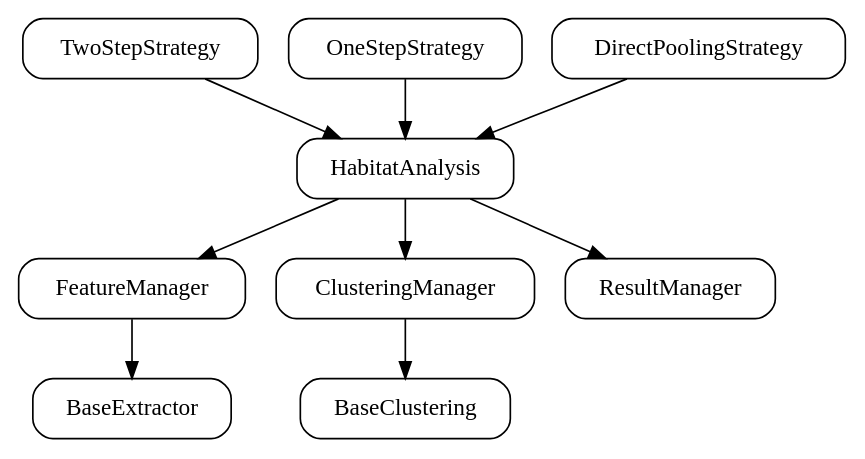
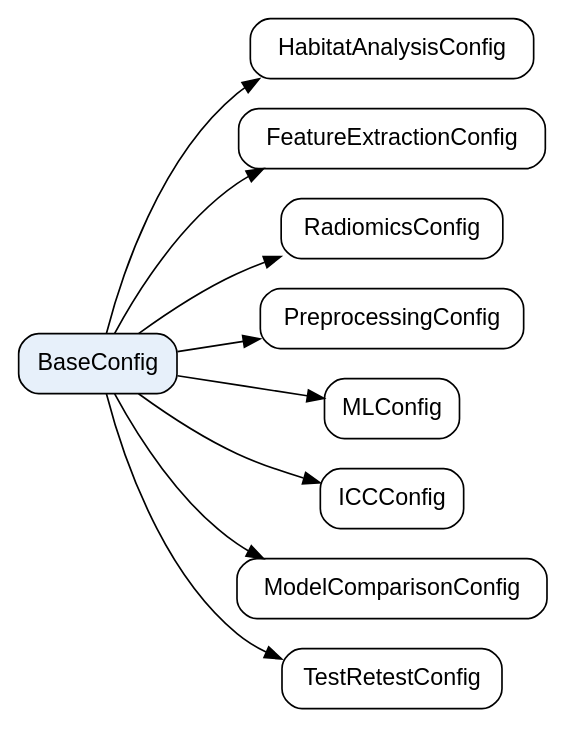
One commit to lichao312214129/HABIT changed the second of 4 diagrams in docs/source/development/architecture.rst. Above: the diagram before and after it, drawn with Graphviz. The commit also changed other lines of this file and 93 other files, not shown here.

```diff
--- a/docs/source/development/architecture.rst
+++ b/docs/source/development/architecture.rst
@@ -76,17 +192,15 @@
 .. graphviz::
 
-   digraph architecture {
-       rankdir=TB;
-       node [shape=box, style=rounded];
-       
-       HabitatAnalysis -> FeatureManager;
-       HabitatAnalysis -> ClusteringManager;
-       HabitatAnalysis -> ResultManager;
-       
-       FeatureManager -> BaseExtractor;
-       ClusteringManager -> BaseClustering;
-       
-       TwoStepStrategy -> HabitatAnalysis;
-       OneStepStrategy -> HabitatAnalysis;
-       DirectPoolingStrategy -> HabitatAnalysis;
+   digraph configs {
+       rankdir=LR;
+       node [shape=box, style=rounded, fontname="Helvetica"];
+       BaseConfig [shape=box, style="rounded,filled", fillcolor="#e7f0fa"];
+       BaseConfig -> HabitatAnalysisConfig;
+       BaseConfig -> FeatureExtractionConfig;
+       BaseConfig -> RadiomicsConfig;
+       BaseConfig -> PreprocessingConfig;
+       BaseConfig -> MLConfig;
+       BaseConfig -> ICCConfig;
+       BaseConfig -> ModelComparisonConfig;
+       BaseConfig -> TestRetestConfig;
    }
```
